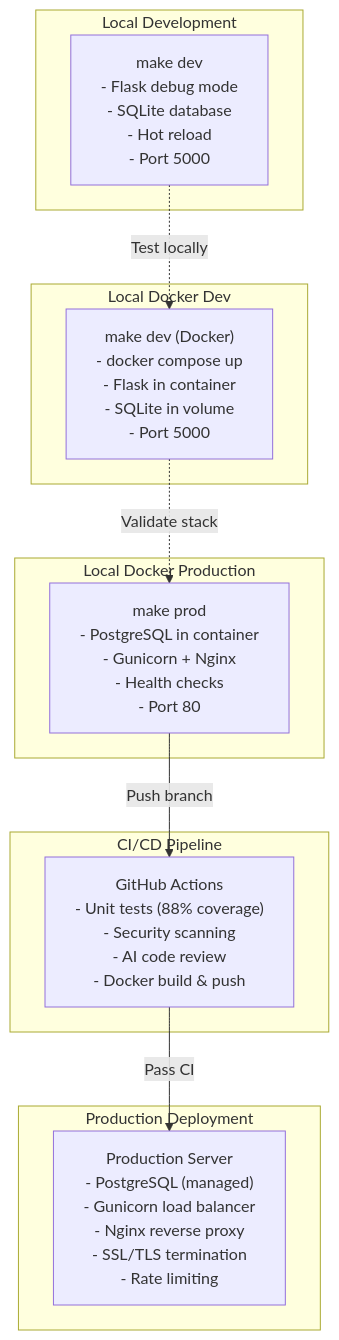
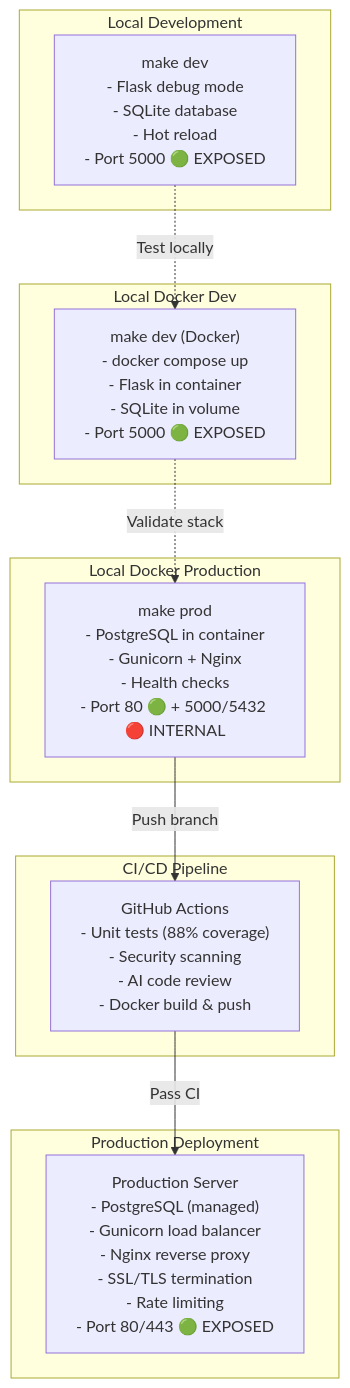
The ninth of 10 diagrams in radiocalico/ARCHITECTURE.md (pkjha-aero/Udemy_ClaudeCode_SundogEdu), drawn with Mermaid before and after one commit. The commit also changed other lines of this file, not shown here.

First line of the commit message:
docs: Update architecture diagrams to clarify port exposure policy

````diff
--- a/radiocalico/ARCHITECTURE.md
+++ b/radiocalico/ARCHITECTURE.md
@@ -328,27 +393,27 @@
 ```mermaid
 graph TB
     subgraph "Local Development"
-        Dev["make dev<br/>- Flask debug mode<br/>- SQLite database<br/>- Hot reload<br/>- Port 5000"]
+        Dev["make dev<br/>- Flask debug mode<br/>- SQLite database<br/>- Hot reload<br/>- Port 5000 🟢 EXPOSED"]
     end
     
     subgraph "Local Docker Dev"
-        DockerDev["make dev (Docker)<br/>- docker compose up<br/>- Flask in container<br/>- SQLite in volume<br/>- Port 5000"]
+        DockerDev["make dev (Docker)<br/>- docker compose up<br/>- Flask in container<br/>- SQLite in volume<br/>- Port 5000 🟢 EXPOSED"]
     end
     
     subgraph "Local Docker Production"
-        DockerProd["make prod<br/>- PostgreSQL in container<br/>- Gunicorn + Nginx<br/>- Health checks<br/>- Port 80"]
+        DockerProd["make prod<br/>- PostgreSQL in container<br/>- Gunicorn + Nginx<br/>- Health checks<br/>- Port 80 🟢 + 5000/5432 🔴 INTERNAL"]
     end
     
     subgraph "CI/CD Pipeline"
         GitHub["GitHub Actions<br/>- Unit tests (88% coverage)<br/>- Security scanning<br/>- AI code review<br/>- Docker build & push"]
     end
     
     subgraph "Production Deployment"
-        Prod["Production Server<br/>- PostgreSQL (managed)<br/>- Gunicorn load balancer<br/>- Nginx reverse proxy<br/>- SSL/TLS termination<br/>- Rate limiting"]
+        Prod["Production Server<br/>- PostgreSQL (managed)<br/>- Gunicorn load balancer<br/>- Nginx reverse proxy<br/>- SSL/TLS termination<br/>- Rate limiting<br/>- Port 80/443 🟢 EXPOSED"]
     end
     
     Dev -.->|Test locally| DockerDev
     DockerDev -.->|Validate stack| DockerProd
     DockerProd -->|Push branch| GitHub
     GitHub -->|Pass CI| Prod
 ```
````
